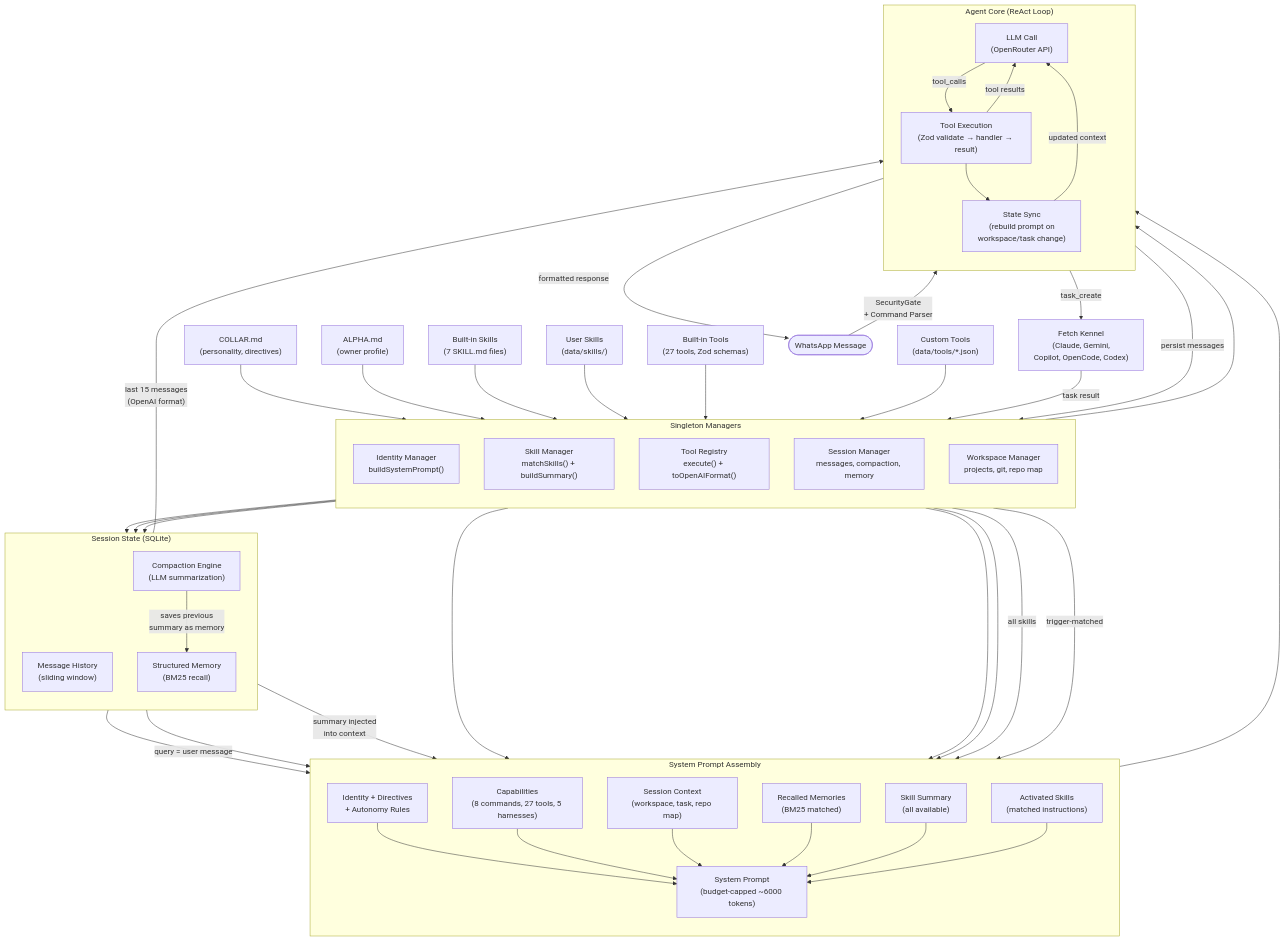
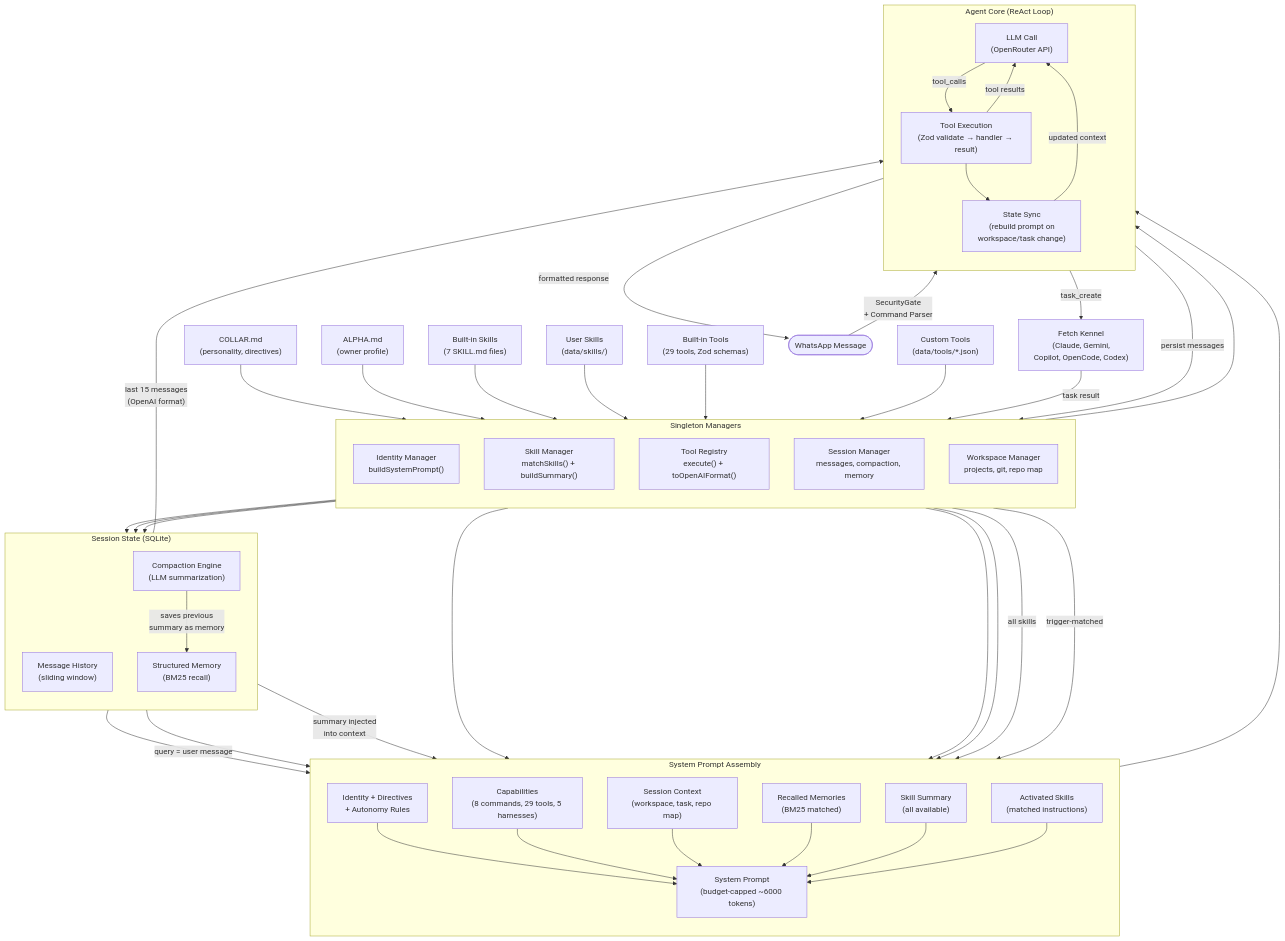
Before and after one commit to Traves-Theberge/Fetch: the third of 4 diagrams in docs/markdown/ARCHITECTURE.md, drawn with Mermaid. The commit also changed other lines of this file and 13 other files, not shown here.

```diff
--- a/docs/markdown/ARCHITECTURE.md
+++ b/docs/markdown/ARCHITECTURE.md
@@ -302,7 +302,7 @@
     ALPHA["ALPHA.md<br/>(owner profile)"]
     BuiltinSkills["Built-in Skills<br/>(7 SKILL.md files)"]
     UserSkills["User Skills<br/>(data/skills/)"]
-    BuiltinTools["Built-in Tools<br/>(27 tools, Zod schemas)"]
+    BuiltinTools["Built-in Tools<br/>(29 tools, Zod schemas)"]
     CustomTools["Custom Tools<br/>(data/tools/*.json)"]
 
     %% ── Managers (middle layer) ─────────────────────────────
@@ -340,7 +340,7 @@
     subgraph ContextAssembly ["System Prompt Assembly"]
         direction TB
         Identity["Identity + Directives<br/>+ Autonomy Rules"]
-        Capabilities["Capabilities<br/>(8 commands, 27 tools, 5 harnesses)"]
+        Capabilities["Capabilities<br/>(8 commands, 29 tools, 5 harnesses)"]
         SessionCtx["Session Context<br/>(workspace, task, repo map)"]
         RecalledMem["Recalled Memories<br/>(BM25 matched)"]
         SkillSummary["Skill Summary<br/>(all available)"]
```
